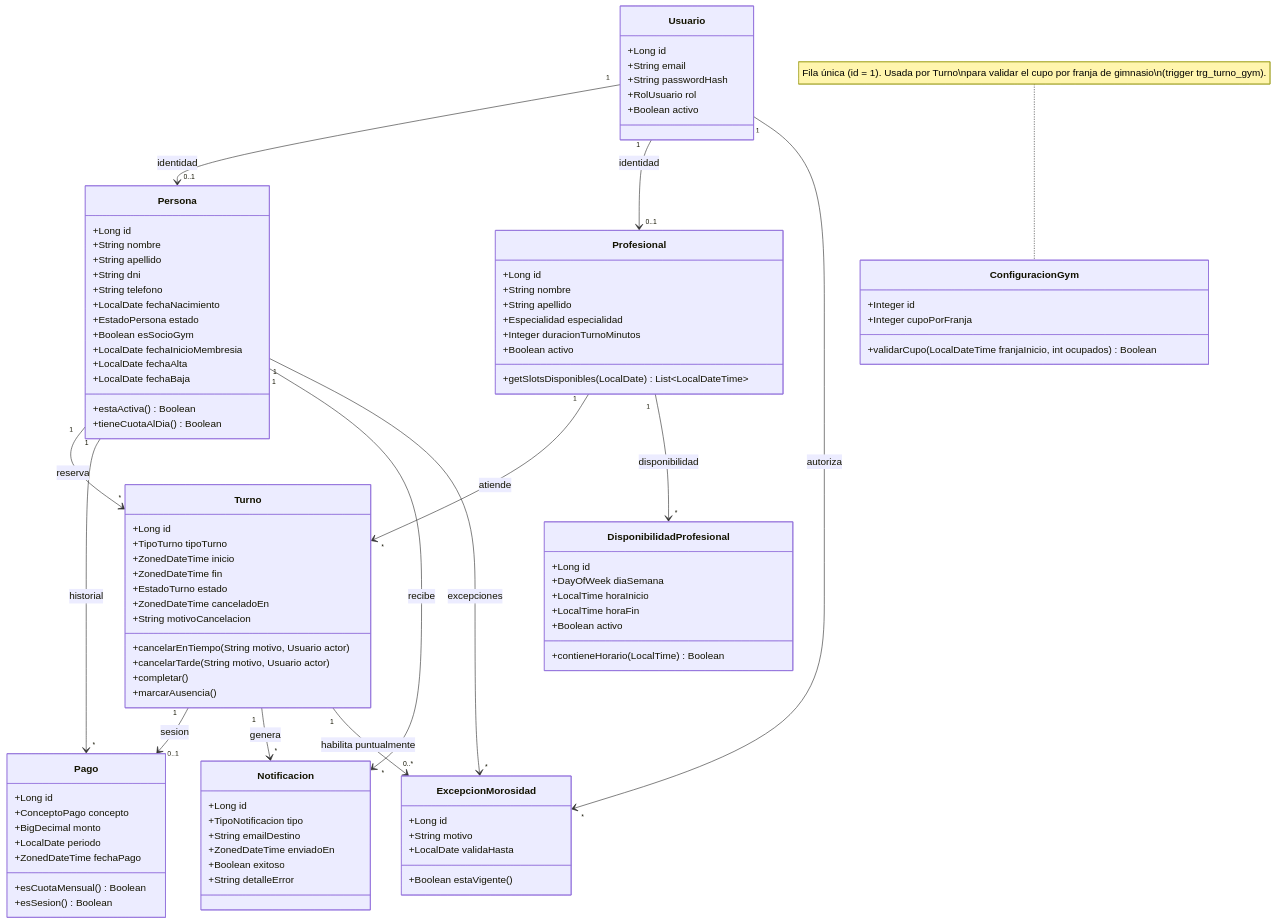
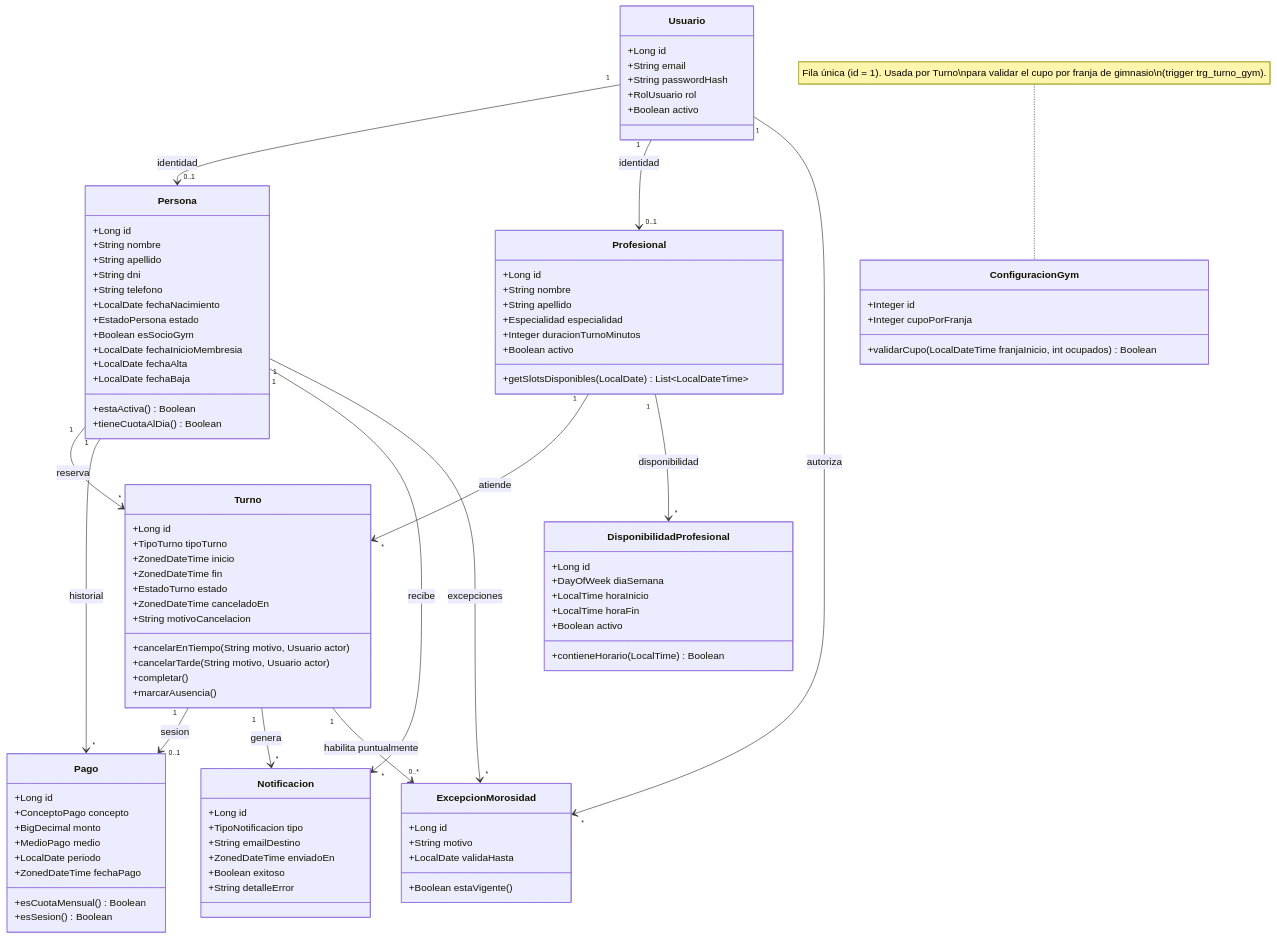
Before and after one commit to rcalcatelli/vitalys-app: the tenth of 11 diagrams in docs/02-diseno/diagramas.md, drawn with Mermaid. The commit also changed other lines of this file and 9 other files, not shown here.

First line of the commit message:
docs(pagos): documentar el módulo de pagos y el medio de pago

```diff
--- a/docs/02-diseno/diagramas.md
+++ b/docs/02-diseno/diagramas.md
@@ -583,6 +583,7 @@
         +Long id
         +ConceptoPago concepto
         +BigDecimal monto
+        +MedioPago medio
         +LocalDate periodo
         +ZonedDateTime fechaPago
         +esCuotaMensual() Boolean
```
